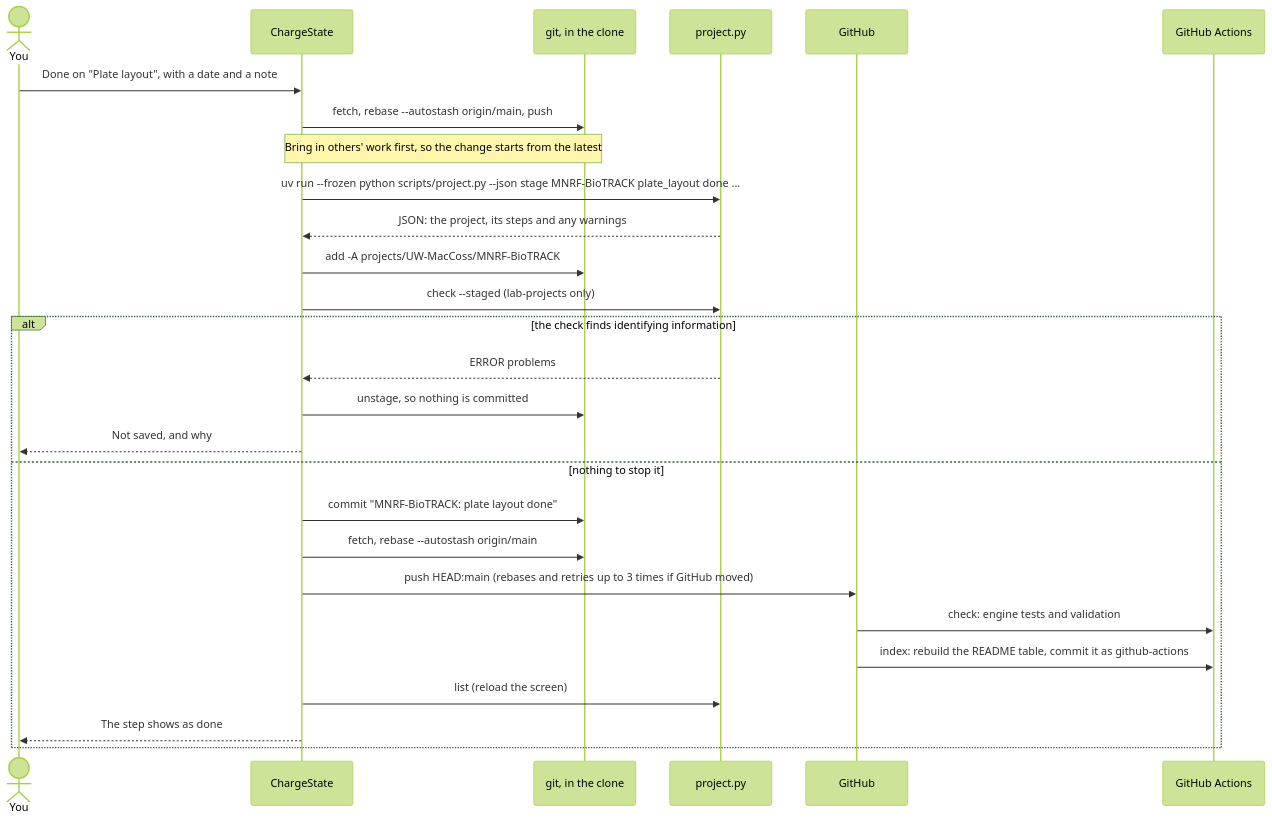
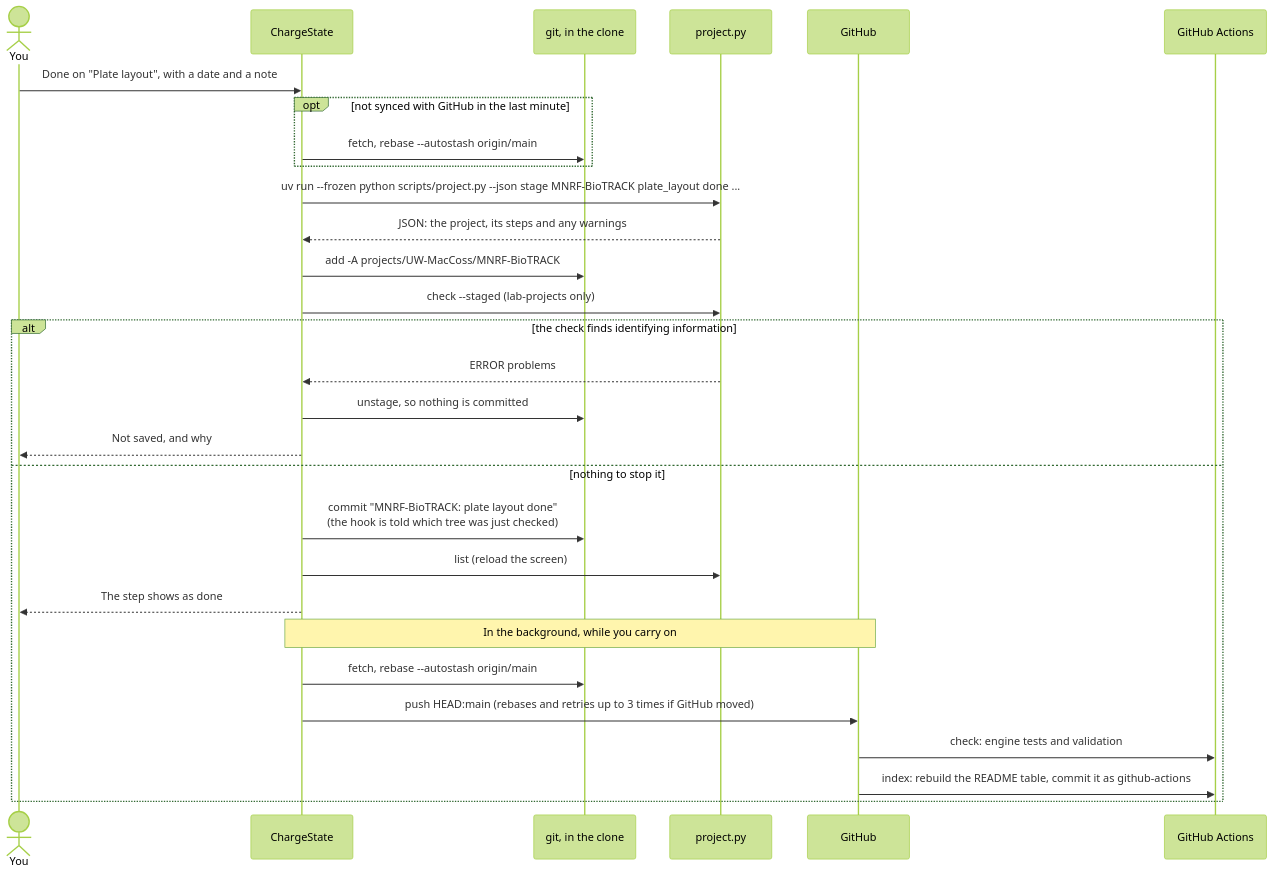
One commit to uw-maccosslab/LabOps changed the first of 7 diagrams in docs/flows.md. Above: the diagram before and after it, drawn with Mermaid (forest theme). The commit also changed other lines of this file and 10 other files, not shown here.

````diff
--- a/docs/flows.md
+++ b/docs/flows.md
@@ -18,30 +19,32 @@
 ```mermaid
 sequenceDiagram
     actor You
     participant App as ChargeState
     participant Git as git, in the clone
     participant Engine as project.py
     participant GitHub
     participant Actions as GitHub Actions
 
     You->>App: Done on "Plate layout", with a date and a note
-    App->>Git: fetch, rebase --autostash origin/main, push
-    Note over App,Git: Bring in others' work first, so the change starts from the latest
+    opt not synced with GitHub in the last minute
+        App->>Git: fetch, rebase --autostash origin/main
+    end
     App->>Engine: uv run --frozen python scripts/project.py --json stage MNRF-BioTRACK plate_layout done ...
     Engine-->>App: JSON: the project, its steps and any warnings
     App->>Git: add -A projects/UW-MacCoss/MNRF-BioTRACK
     App->>Engine: check --staged (lab-projects only)
     alt the check finds identifying information
         Engine-->>App: ERROR problems
         App->>Git: unstage, so nothing is committed
         App-->>You: Not saved, and why
     else nothing to stop it
-        App->>Git: commit "MNRF-BioTRACK: plate layout done"
+        App->>Git: commit "MNRF-BioTRACK: plate layout done"<br/>(the hook is told which tree was just checked)
+        App->>Engine: list (reload the screen)
+        App-->>You: The step shows as done
+        Note over App,GitHub: In the background, while you carry on
         App->>Git: fetch, rebase --autostash origin/main
         App->>GitHub: push HEAD:main (rebases and retries up to 3 times if GitHub moved)
         GitHub->>Actions: check: engine tests and validation
         GitHub->>Actions: index: rebuild the README table, commit it as github-actions
-        App->>Engine: list (reload the screen)
-        App-->>You: The step shows as done
     end
 ```
````
